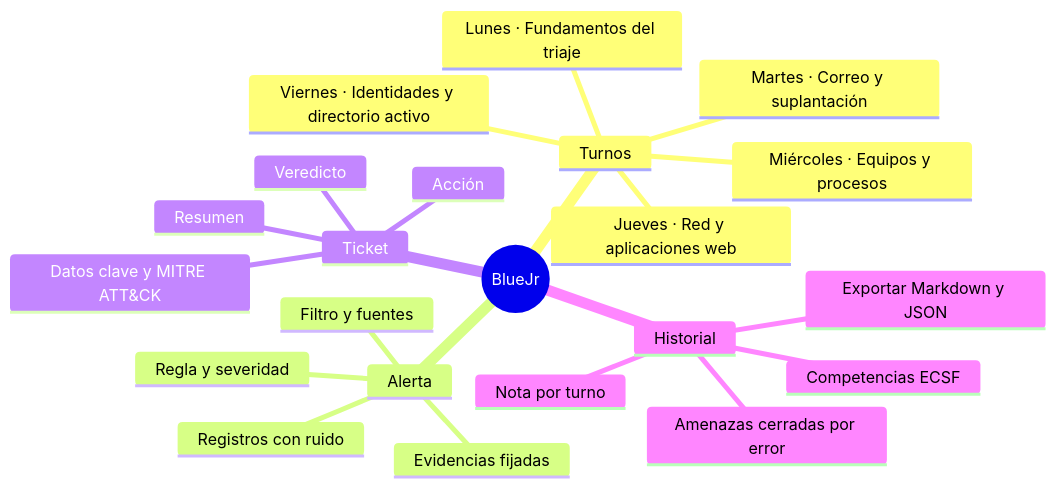
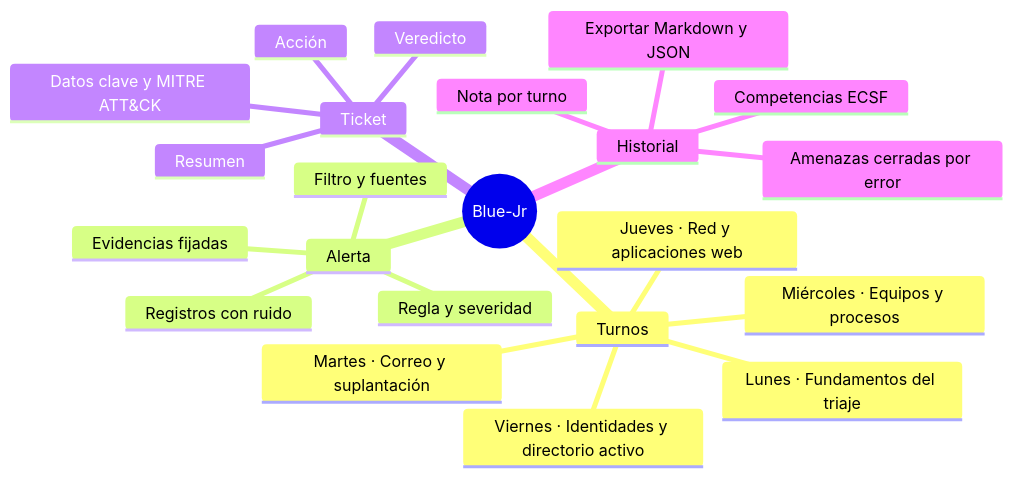
One commit to heindall92/Blue-Jr changed the first of 3 diagrams in README.md. Above: the diagram before and after it, drawn with Mermaid. The commit also changed other lines of this file and 43 other files, not shown here.

````diff
--- a/README.md
+++ b/README.md
@@ -218,25 +222,25 @@
 ```mermaid
 mindmap
-  root((BlueJr))
+  root((Blue-Jr))
     Turnos
       Lunes · Fundamentos del triaje
       Martes · Correo y suplantación
       Miércoles · Equipos y procesos
       Jueves · Red y aplicaciones web
       Viernes · Identidades y directorio activo
     Alerta
       Regla y severidad
       Registros con ruido
       Filtro y fuentes
       Evidencias fijadas
     Ticket
       Veredicto
       Acción
       Datos clave y MITRE ATT&CK
       Resumen
     Historial
       Nota por turno
       Competencias ECSF
       Amenazas cerradas por error
       Exportar Markdown y JSON
 ```
````
